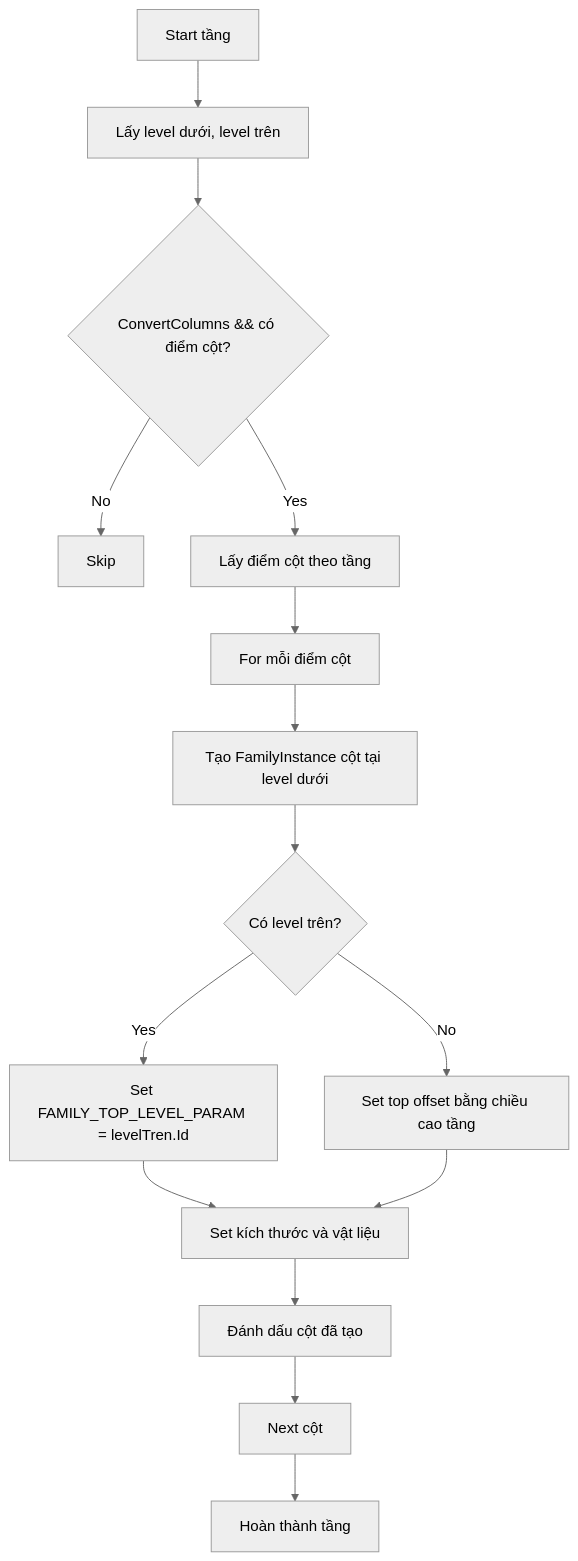
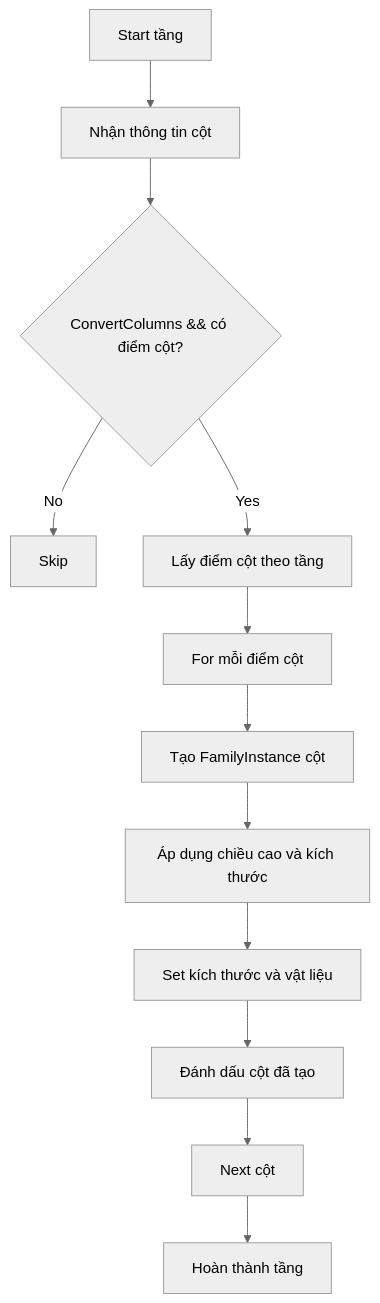
Before and after one commit to barcelonano1messi-prog/CAD2REVIT: the second of 5 diagrams in CHUONG_II_KIEN_TRUC_THIET_KE_GIAO_DIEN.md, drawn with Mermaid (neutral theme). The commit also changed other lines of this file, not shown here.

````diff
--- a/CHUONG_II_KIEN_TRUC_THIET_KE_GIAO_DIEN.md
+++ b/CHUONG_II_KIEN_TRUC_THIET_KE_GIAO_DIEN.md
@@ -48,17 +48,14 @@
 ```mermaid
 flowchart TD
-  A[Start tầng] --> B[Lấy level dưới, level trên]
+  A[Start tầng] --> B[Nhận thông tin cột]
   B --> C{ConvertColumns && có điểm cột?}
   C -- No --> Z[Skip]
   C -- Yes --> D[Lấy điểm cột theo tầng]
   D --> E[For mỗi điểm cột]
-  E --> F[Tạo FamilyInstance cột tại level dưới]
-  F --> G{Có level trên?}
-  G -- Yes --> H[Set FAMILY_TOP_LEVEL_PARAM = levelTren.Id]
-  G -- No --> I[Set top offset bằng chiều cao tầng]
-  H --> J[Set kích thước và vật liệu]
-  I --> J
-  J --> K[Đánh dấu cột đã tạo]
-  K --> L[Next cột]
-  L --> M[Hoàn thành tầng]
+  E --> F[Tạo FamilyInstance cột]
+  F --> G[Áp dụng chiều cao và kích thước]
+  G --> H[Set kích thước và vật liệu]
+  H --> I[Đánh dấu cột đã tạo]
+  I --> J[Next cột]
+  J --> K[Hoàn thành tầng]
 ```
````
